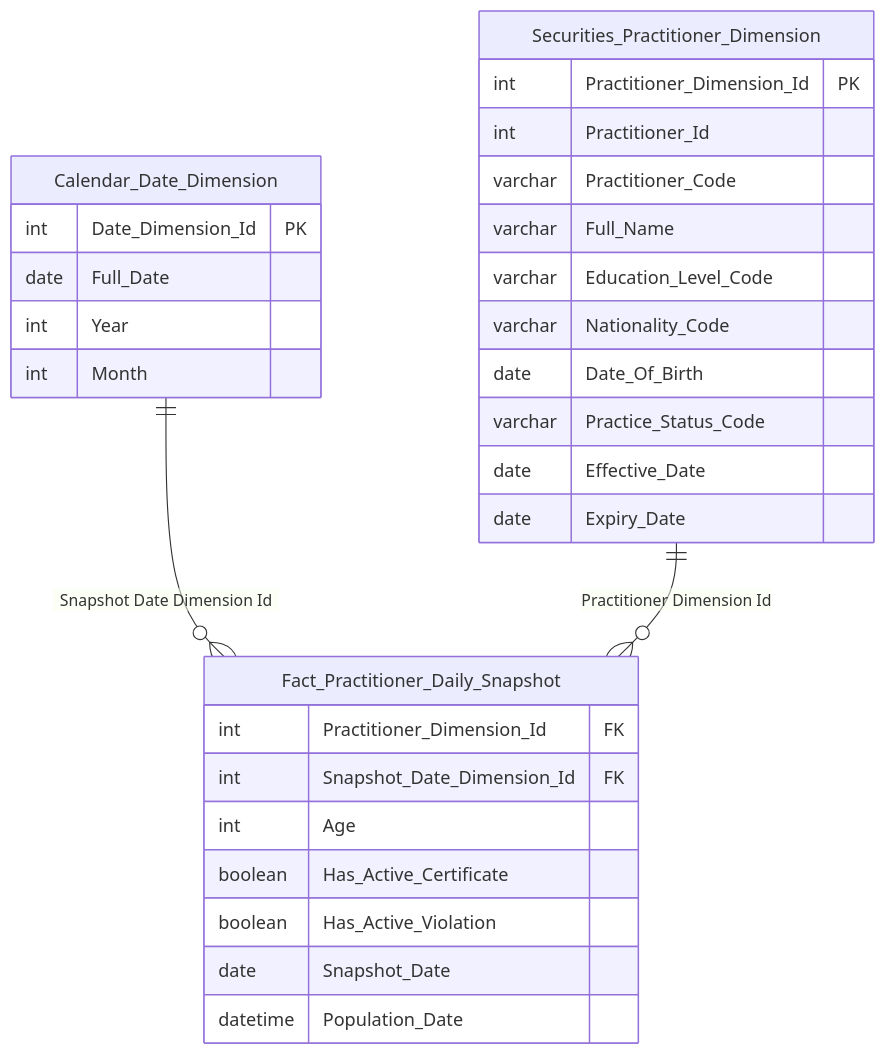
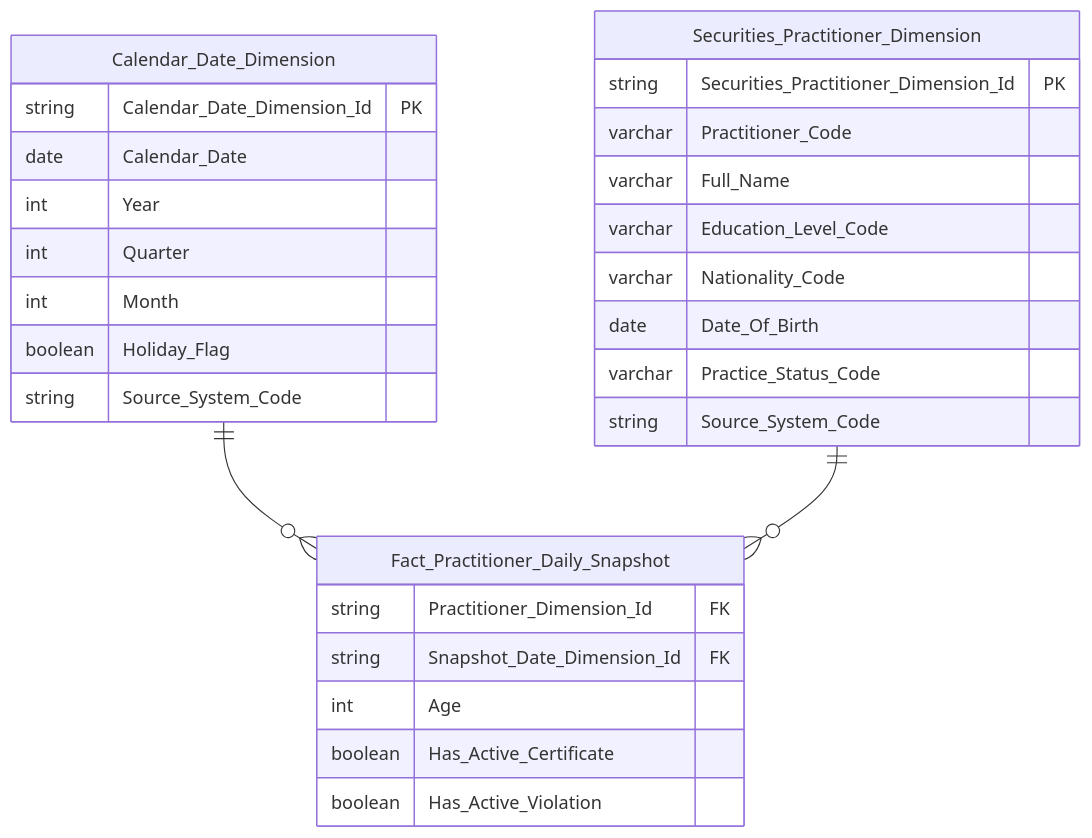
One commit to linhlvit/ubck_atomic_design changed diagram 20 of 40 in Datamart/hld/DTM_NHNCK_HLD.md. Above: the diagram before and after it, drawn with Mermaid. The commit also changed other lines of this file and 25 other files, not shown here.

````diff
--- a/Datamart/hld/DTM_NHNCK_HLD.md
+++ b/Datamart/hld/DTM_NHNCK_HLD.md
@@ -540,35 +846,34 @@
 ```mermaid
 erDiagram
-    Calendar_Date_Dimension ||--o{ Fact_Practitioner_Daily_Snapshot : "Snapshot Date Dimension Id"
-    Securities_Practitioner_Dimension ||--o{ Fact_Practitioner_Daily_Snapshot : "Practitioner Dimension Id"
+    Calendar_Date_Dimension ||--o{ Fact_Practitioner_Daily_Snapshot : " "
+    Securities_Practitioner_Dimension ||--o{ Fact_Practitioner_Daily_Snapshot : " "
 
     Fact_Practitioner_Daily_Snapshot {
-        int Practitioner_Dimension_Id FK
-        int Snapshot_Date_Dimension_Id FK
+        string Practitioner_Dimension_Id FK
+        string Snapshot_Date_Dimension_Id FK
         int Age
         boolean Has_Active_Certificate
         boolean Has_Active_Violation
-        date Snapshot_Date
-        datetime Population_Date
     }
 
     Calendar_Date_Dimension {
-        int Date_Dimension_Id PK
-        date Full_Date
+        string Calendar_Date_Dimension_Id PK
+        date Calendar_Date
         int Year
+        int Quarter
         int Month
+        boolean Holiday_Flag
+        string Source_System_Code
     }
 
     Securities_Practitioner_Dimension {
-        int Practitioner_Dimension_Id PK
-        int Practitioner_Id
+        string Securities_Practitioner_Dimension_Id PK
         varchar Practitioner_Code
         varchar Full_Name
         varchar Education_Level_Code
         varchar Nationality_Code
         date Date_Of_Birth
         varchar Practice_Status_Code
-        date Effective_Date
-        date Expiry_Date
+        string Source_System_Code
     }
 ```
````
